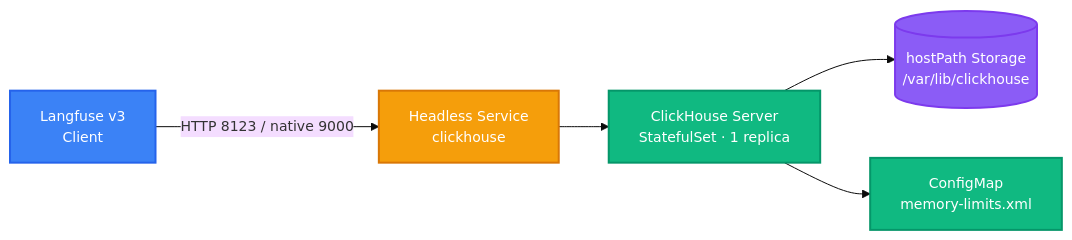
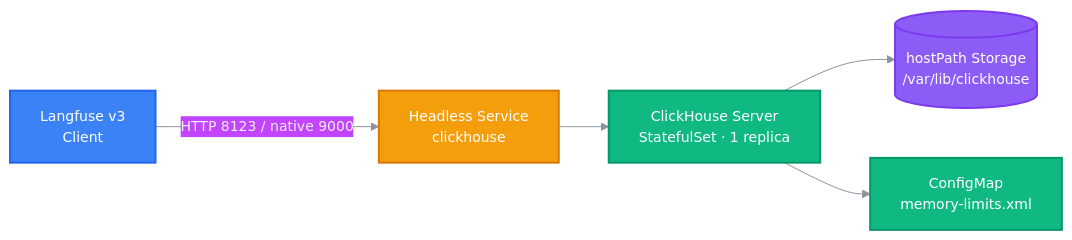
Before and after one commit to kairosys/clickhouse: the diagram in README.md, drawn with Mermaid.

Commit message:
enhance mermaid diagram in README.md with dark mode and color customization

````diff
--- a/README.md
+++ b/README.md
@@ -109,18 +109,26 @@
 ```mermaid
-%%{init: {'theme': 'base', 'themeVariables': {'fontSize': '14px'}}}%%
+%%{init: {
+  'theme': 'base',
+  'themeVariables': {
+    'fontSize': '14px',
+    'darkMode': true,
+    'lineColor': '#8B949E',
+    'textColor': '#E6EDF3'
+  }
+}}%%
 graph LR
     A[Langfuse v3<br/>Client] -->|HTTP 8123 / native 9000| B[Headless Service<br/>clickhouse]
     B --> C[ClickHouse Server<br/>StatefulSet · 1 replica]
     C --> D[(hostPath Storage<br/>/var/lib/clickhouse)]
     C --> E[ConfigMap<br/>memory-limits.xml]
 
     classDef client fill:#3B82F6,stroke:#2563EB,color:#fff,stroke-width:2px
     classDef gateway fill:#F59E0B,stroke:#D97706,color:#fff,stroke-width:2px
     classDef service fill:#10B981,stroke:#059669,color:#fff,stroke-width:2px
     classDef data fill:#8B5CF6,stroke:#7C3AED,color:#fff,stroke-width:2px
 
     class A client
     class B gateway
     class C,E service
     class D data
 ```
````
